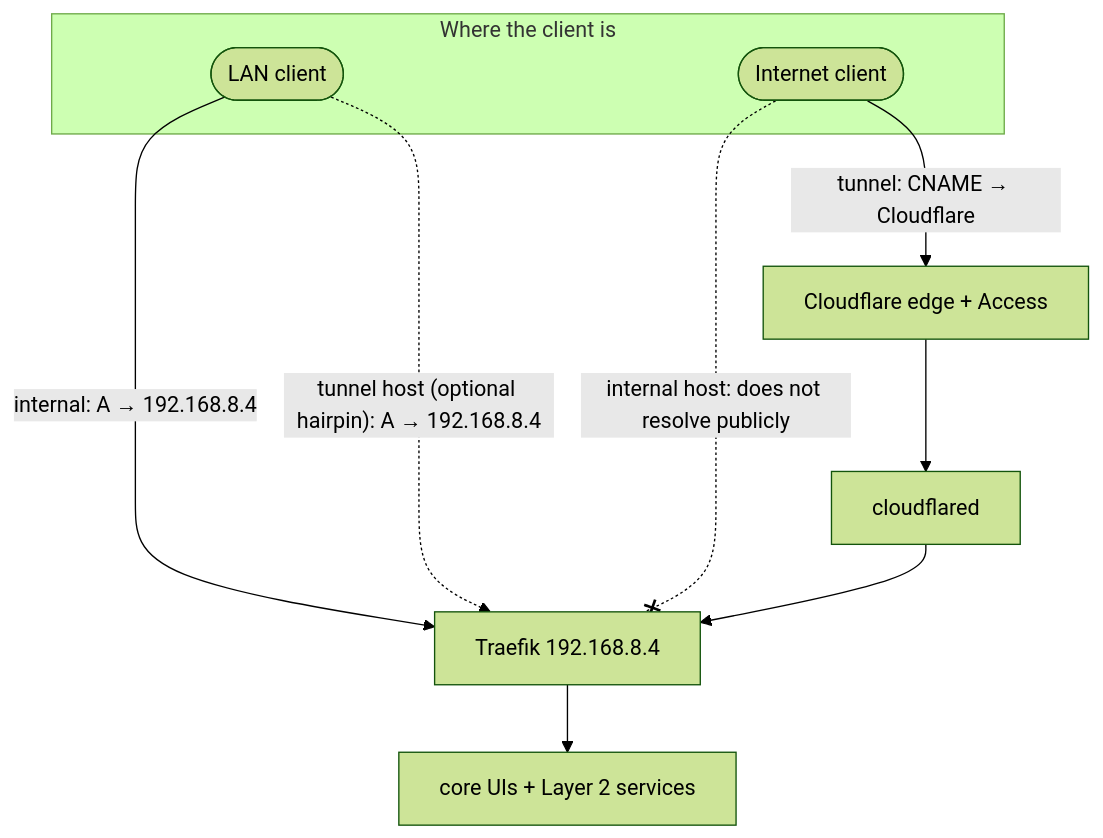
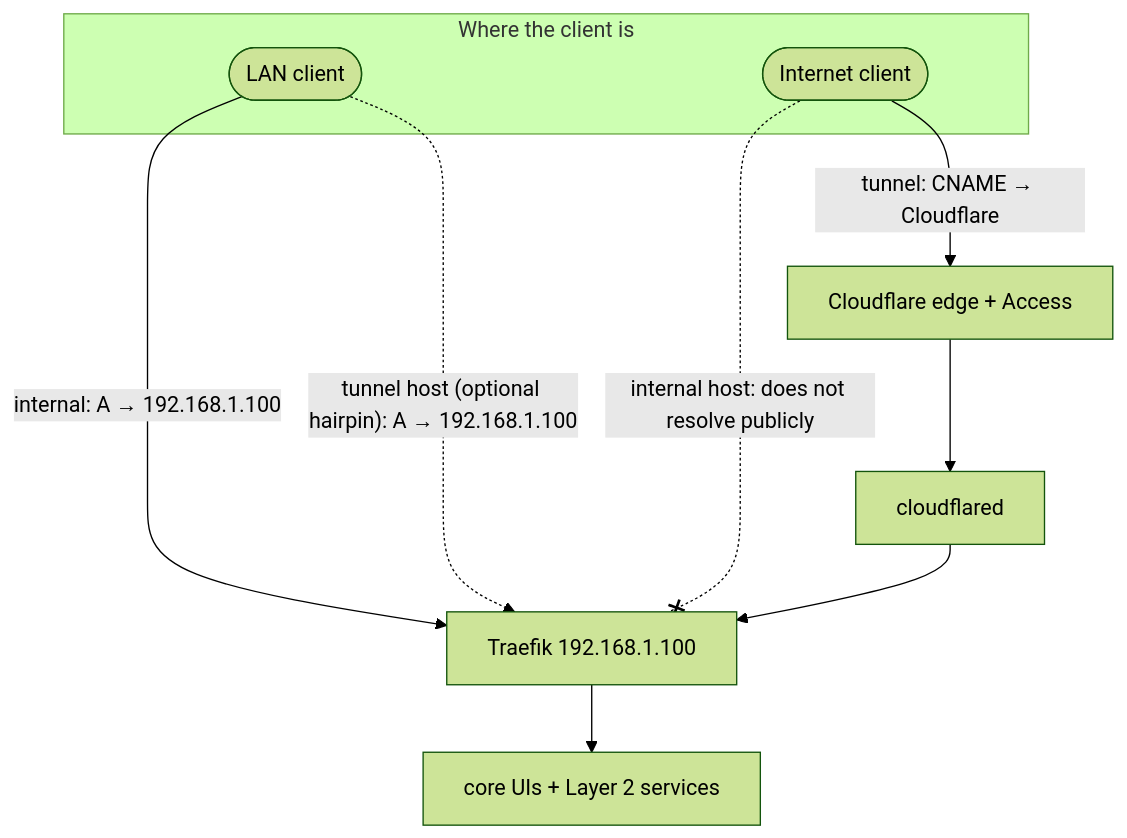
One commit to kevinteg/SyrvisCore changed the fifth of 5 diagrams in docs/wiki/04-split-dns.md. Above: the diagram before and after it, drawn with Mermaid (forest theme). The commit also changed other lines of this file and 16 other files, not shown here.

````diff
--- a/docs/wiki/04-split-dns.md
+++ b/docs/wiki/04-split-dns.md
@@ -122,15 +131,15 @@
 ```mermaid
 flowchart TB
     subgraph clientworld["Where the client is"]
         lan(["LAN client"])
         net(["Internet client"])
     end
 
-    lan -->|"internal: A → 192.168.8.4"| traefik
-    lan -.->|"tunnel host (optional hairpin): A → 192.168.8.4"| traefik
+    lan -->|"internal: A → 192.168.1.100"| traefik
+    lan -.->|"tunnel host (optional hairpin): A → 192.168.1.100"| traefik
     net -->|"tunnel: CNAME → Cloudflare"| edge["Cloudflare edge + Access"]
     net -. "internal host: does not resolve publicly" .-x traefik
 
-    edge --> cloudflared --> traefik["Traefik 192.168.8.4"]
+    edge --> cloudflared --> traefik["Traefik 192.168.1.100"]
     traefik --> services["core UIs + Layer 2 services"]
 ```
````
